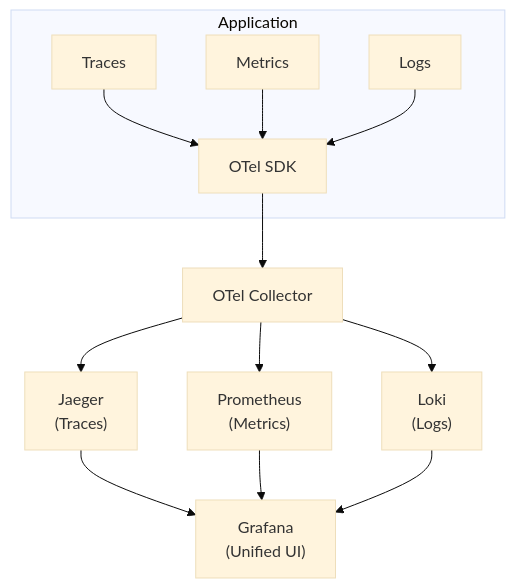
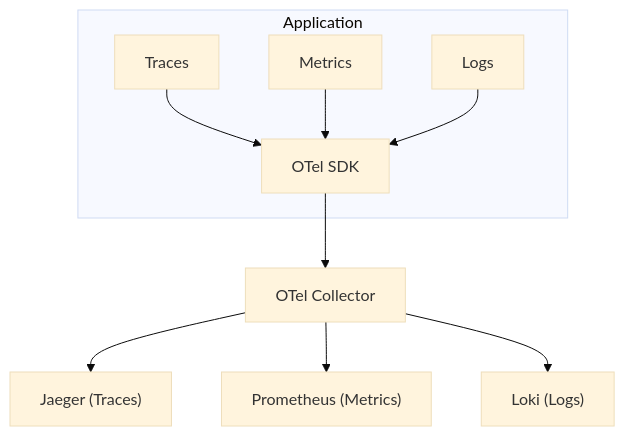
One commit to readmigo/docs changed the third of 3 diagrams in 05-operations/monitoring/backend-logging.md. Above: the diagram before and after it, drawn with Mermaid (base theme). The commit also changed other lines of this file and 27 other files, not shown here.

First line of the commit message:
audit: remove code snippets, update to 2-env architecture across operations and pipeline docs

````diff
--- a/05-operations/monitoring/backend-logging.md
+++ b/05-operations/monitoring/backend-logging.md
@@ -927,19 +293,16 @@
 ```mermaid
 graph TD
     subgraph APP["Application"]
         TRACES["Traces"]
         METRICS["Metrics"]
         LOGS["Logs"]
         TRACES --> SDK["OTel SDK"]
         METRICS --> SDK
         LOGS --> SDK
     end
 
     SDK --> COLLECTOR["OTel Collector"]
-    COLLECTOR --> JAEGER["Jaeger<br>(Traces)"]
-    COLLECTOR --> PROMETHEUS["Prometheus<br>(Metrics)"]
-    COLLECTOR --> LOKI["Loki<br>(Logs)"]
-    JAEGER --> GRAFANA["Grafana<br>(Unified UI)"]
-    PROMETHEUS --> GRAFANA
-    LOKI --> GRAFANA
+    COLLECTOR --> JAEGER["Jaeger (Traces)"]
+    COLLECTOR --> PROMETHEUS["Prometheus (Metrics)"]
+    COLLECTOR --> LOKI["Loki (Logs)"]
 ```
````
